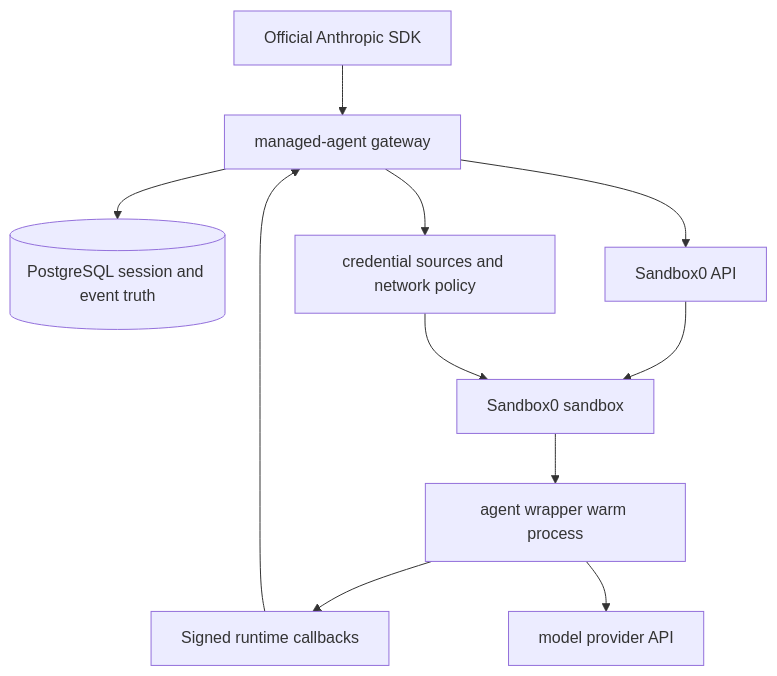
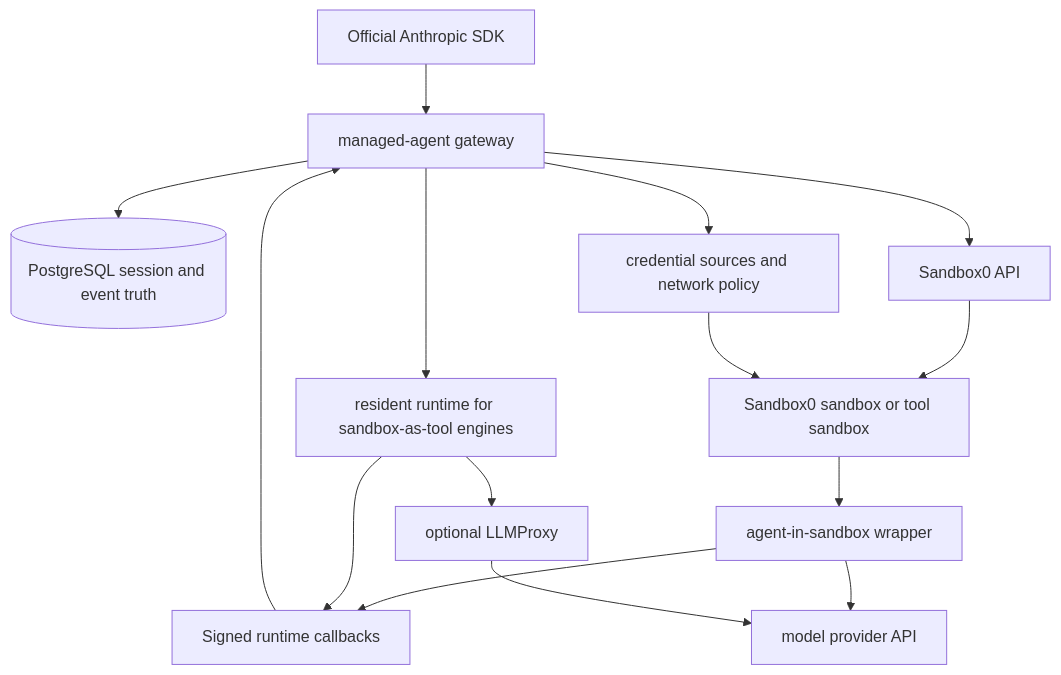
Before and after one commit to sandbox0-ai/sandbox0: the diagram in docs/managed-agents/page.mdx, drawn with Mermaid. The commit also changed other lines of this file and 6 other files, not shown here.

````diff
--- a/docs/managed-agents/page.mdx
+++ b/docs/managed-agents/page.mdx
@@ -27,13 +39,17 @@
 ```mermaid
 flowchart TD
     sdk[Official Anthropic SDK] --> gateway[managed-agent gateway]
     gateway --> pg[(PostgreSQL session and event truth)]
     gateway --> sandbox0[Sandbox0 API]
-    sandbox0 --> runtime[Sandbox0 sandbox]
-    runtime --> wrapper[agent wrapper warm process]
+    sandbox0 --> runtime[Sandbox0 sandbox or tool sandbox]
+    gateway --> resident[resident runtime for sandbox-as-tool engines]
+    runtime --> wrapper[agent-in-sandbox wrapper]
     wrapper --> callbacks[Signed runtime callbacks]
+    resident --> callbacks
     callbacks --> gateway
     wrapper --> llm[model provider API]
+    resident --> llmproxy[optional LLMProxy]
+    llmproxy --> llm
     gateway --> credentials[credential sources and network policy]
     credentials --> runtime
 ```
````
